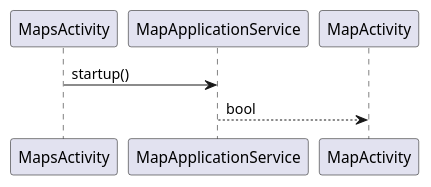
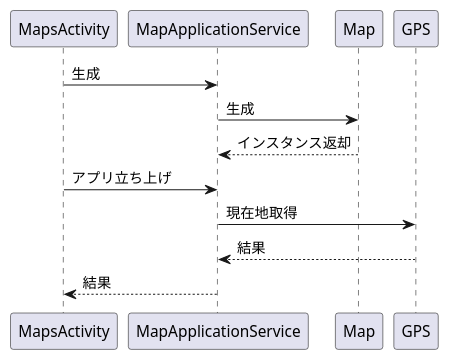
Before and after one commit to chamberskaz0301/Walky_BackUp: the diagram in docs/dev/Feature/F02/001/sequence-diagram.pu, drawn with PlantUML. The commit also changed 3 other files, not shown here.

Commit message:
シーケンス図の作成 #14

```diff
--- a/docs/dev/Feature/F02/001/sequence-diagram.pu
+++ b/docs/dev/Feature/F02/001/sequence-diagram.pu
@@ -1,6 +1,15 @@
 @startuml
 
-MapsActivity -> MapApplicationService: startup()
-MapApplicationService --> MapActivity: bool
+MapsActivity -> MapApplicationService: 生成
+MapApplicationService -> Map: 生成
+Map --> MapApplicationService: インスタンス返却
+
+MapsActivity -> MapApplicationService: アプリ立ち上げ
+MapApplicationService -> GPS: 現在地取得
+' GPS -> Location: 位置情報生成
+' Location --> GPS: 位置情報返却
+' GPS --> MapApplicationService: 位置情報返却
+GPS --> MapApplicationService: 結果
+MapApplicationService --> MapsActivity: 結果
 
 @enduml
```
